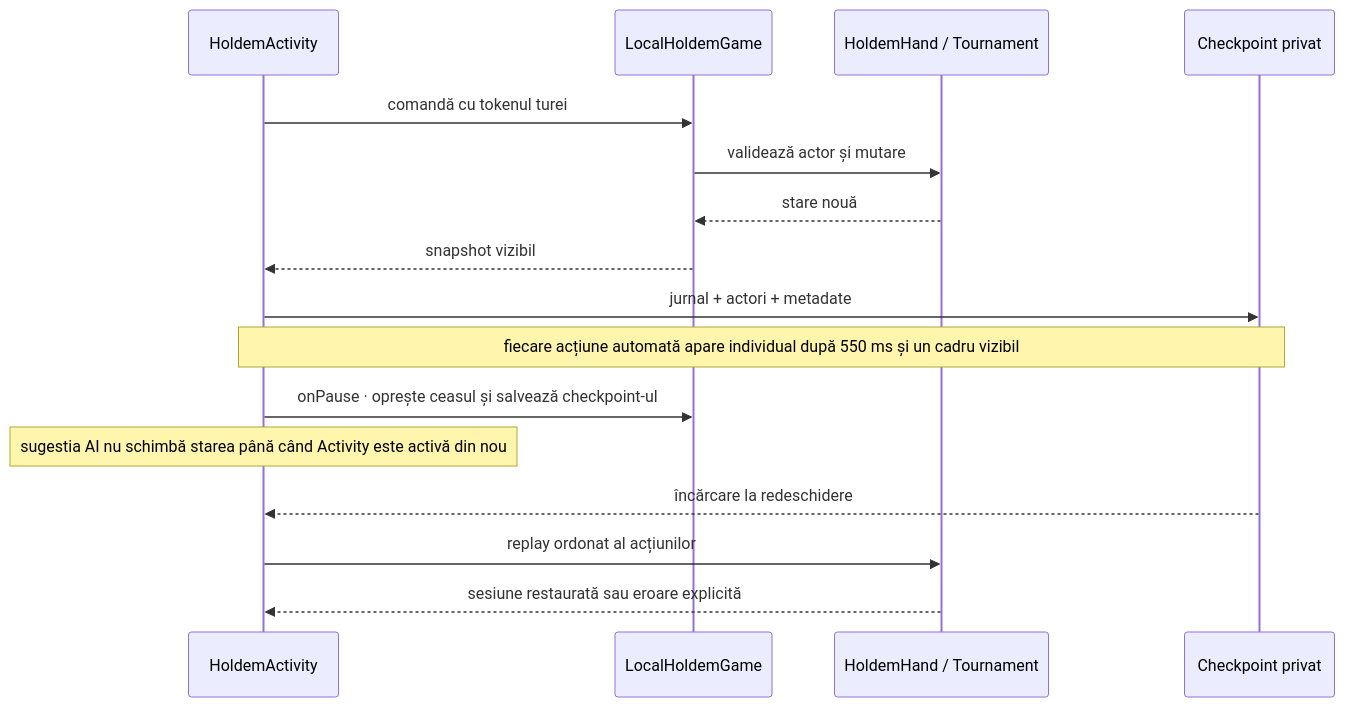
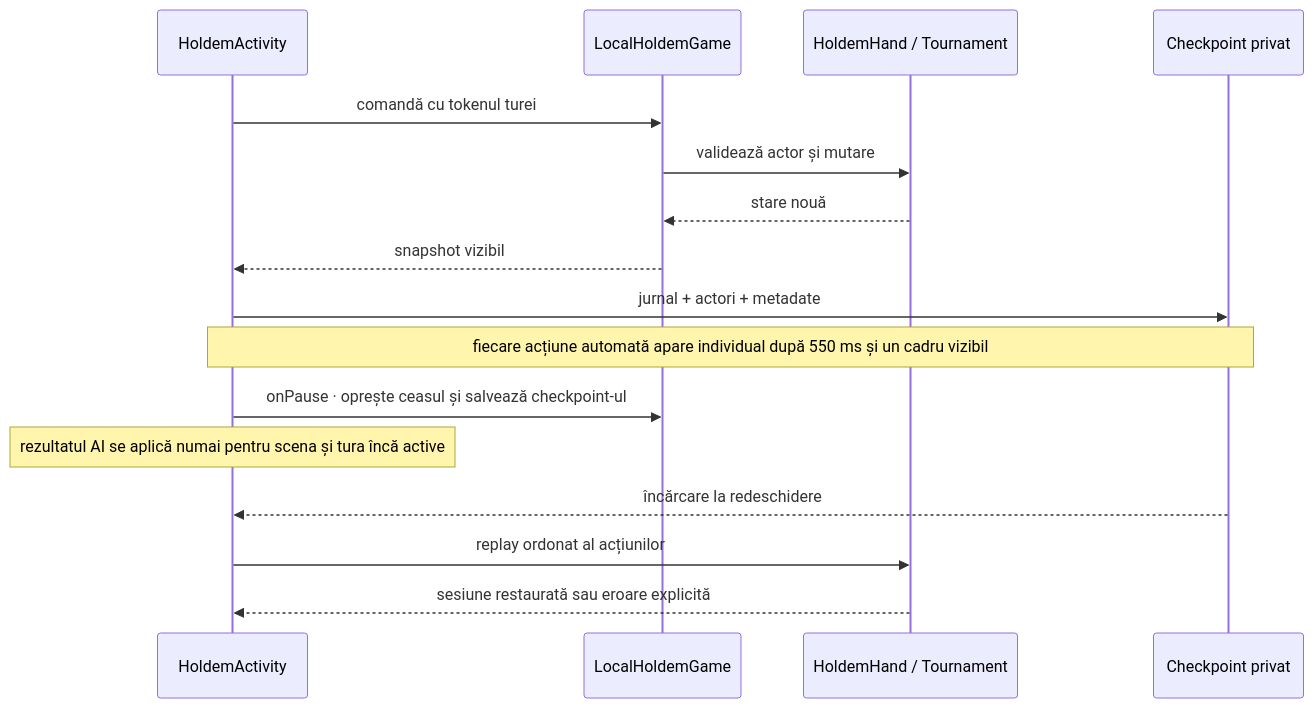
The second of 3 diagrams in docs/architecture/ARCHITECTURE.md (crististefanita/atf_j6), drawn with Mermaid before and after one commit. The commit also changed other lines of this file and 12 other files, not shown here.

````diff
--- a/docs/architecture/ARCHITECTURE.md
+++ b/docs/architecture/ARCHITECTURE.md
@@ -47,18 +51,18 @@
 ```mermaid
 sequenceDiagram
     participant UI as HoldemActivity
     participant Session as LocalHoldemGame
     participant Engine as HoldemHand / Tournament
     participant Store as Checkpoint privat
     UI->>Session: comandă cu tokenul turei
     Session->>Engine: validează actor și mutare
     Engine-->>Session: stare nouă
     Session-->>UI: snapshot vizibil
     UI->>Store: jurnal + actori + metadate
     Note over UI,Store: fiecare acțiune automată apare individual după 550 ms și un cadru vizibil
     UI->>Session: onPause · oprește ceasul și salvează checkpoint-ul
-    Note over UI: sugestia AI nu schimbă starea până când Activity este activă din nou
+    Note over UI: rezultatul AI se aplică numai pentru scena și tura încă active
     Store-->>UI: încărcare la redeschidere
     UI->>Engine: replay ordonat al acțiunilor
     Engine-->>UI: sesiune restaurată sau eroare explicită
 ```
````
